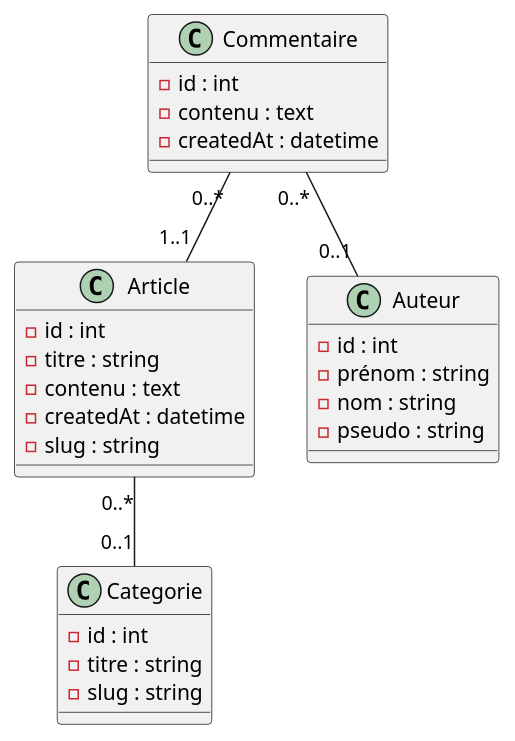
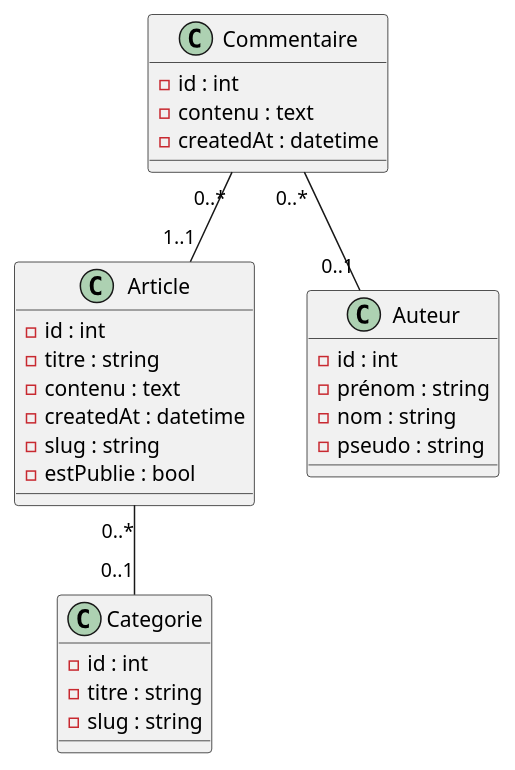
Before and after one commit to tiffany52500/symfony-blog: the diagram in documentation/diagramme_de_classe.puml, drawn with PlantUML. The commit also changed 9 other files, not shown here.

```diff
--- a/documentation/diagramme_de_classe.puml
+++ b/documentation/diagramme_de_classe.puml
@@ -1,34 +1,35 @@
 @startuml
 
 class Article {
     - id : int
     - titre : string
     - contenu : text
     - createdAt : datetime
     - slug : string
+    - estPublie : bool
 }
 
 class Categorie {
     - id : int
     - titre : string
     - slug : string
 }
 
 class Auteur {
     - id : int
     - prénom : string
     - nom : string
     - pseudo : string
 }
 
 class Commentaire {
     - id : int
     - contenu : text
     - createdAt : datetime
 }
 
 Article "0..*" -- "0..1" Categorie
 Commentaire "0..*" -- "1..1" Article
 Commentaire "0..*" -- "0..1" Auteur
 
 @enduml
```
